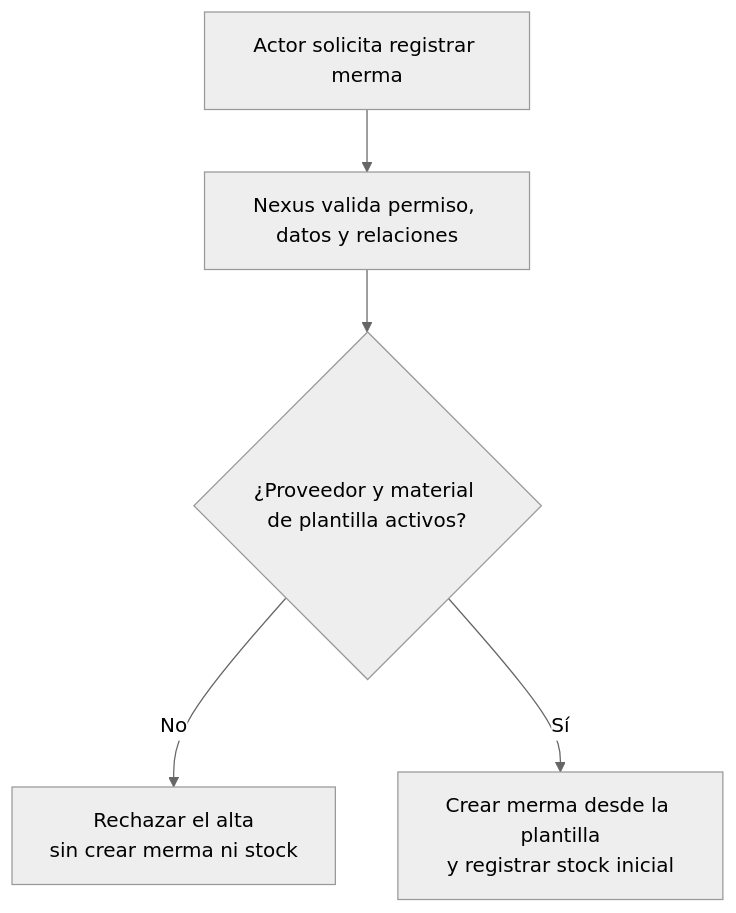
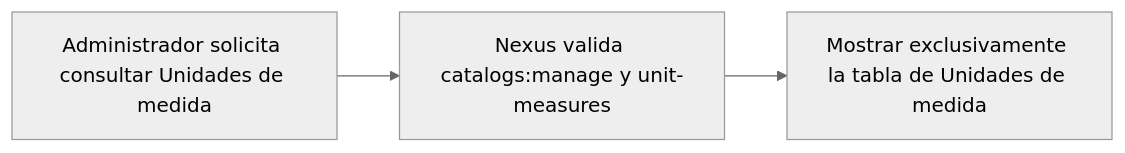
One commit to gpgsistemas01/nexus changed the diagram in docs/requirements/diagrams/catalogs/cu-cat-19.md. Above: the diagram before and after it, drawn with Mermaid (neutral theme). The commit also changed other lines of this file and 287 other files, not shown here.

````diff
--- a/docs/requirements/diagrams/catalogs/cu-cat-19.md
+++ b/docs/requirements/diagrams/catalogs/cu-cat-19.md
@@ -3,7 +3,5 @@
 ```mermaid
-flowchart TD
-    request["Actor solicita registrar merma"] --> validate["Nexus valida permiso, datos y relaciones"]
-    validate --> active{"¿Proveedor y material de plantilla activos?"}
-    active -->|No| reject["Rechazar el alta<br/>sin crear merma ni stock"]
-    active -->|Sí| result["Crear merma desde la plantilla<br/>y registrar stock inicial"]
+flowchart LR
+    request["Administrador solicita consultar Unidades de medida"] --> authorize["Nexus valida catalogs:manage y unit-measures"]
+    authorize --> result["Mostrar exclusivamente la tabla de Unidades de medida"]
 ```
````
